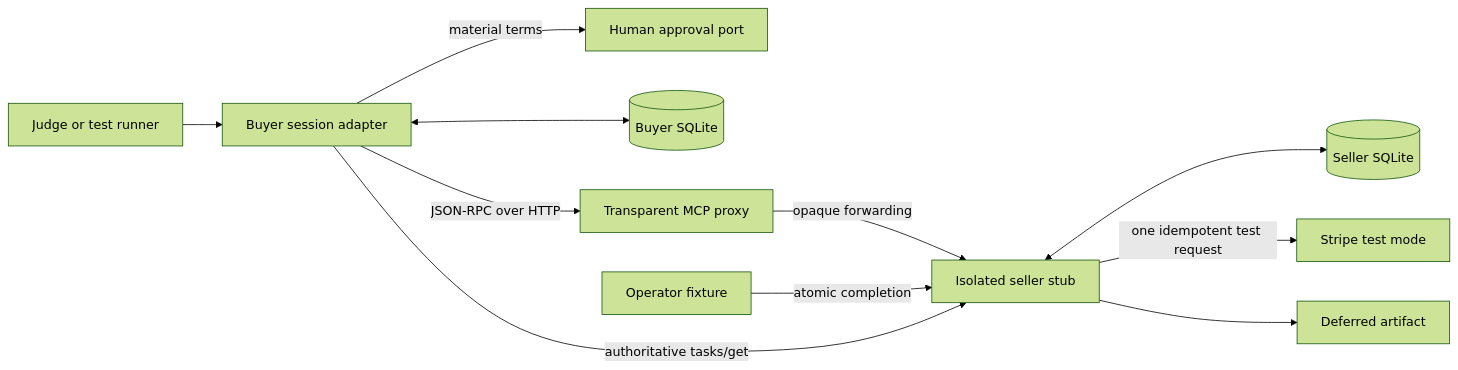
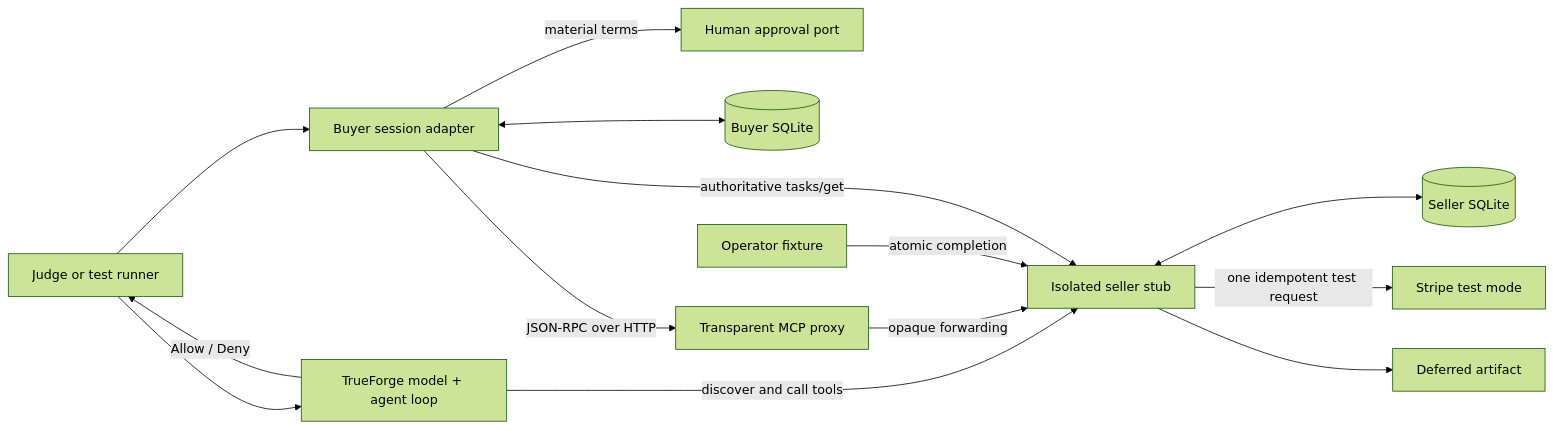
Before and after one commit to schwentker/artiji-buyer-agent: the diagram in README.md, drawn with Mermaid (forest theme). The commit also changed other lines of this file and 8 other files, not shown here.

Commit message:
Add live TrueForge MCP agent demo

````diff
--- a/README.md
+++ b/README.md
@@ -82,24 +82,28 @@
 ```mermaid
 flowchart LR
     J[Judge or test runner]
+    TF[TrueForge model + agent loop]
     B[Buyer session adapter]
     A[Human approval port]
     BS[(Buyer SQLite)]
     G[Transparent MCP proxy]
     S[Isolated seller stub]
     SS[(Seller SQLite)]
     ST[Stripe test mode]
     O[Operator fixture]
     R[Deferred artifact]
 
+    J --> TF
+    TF -->|discover and call tools| S
+    TF -->|Allow / Deny| J
     J --> B
     B -->|material terms| A
     B <--> BS
     B -->|JSON-RPC over HTTP| G
     G -->|opaque forwarding| S
     S <--> SS
     S -->|one idempotent test request| ST
     O -->|atomic completion| S
     S --> R
     B -->|authoritative tasks/get| S
 ```
````
